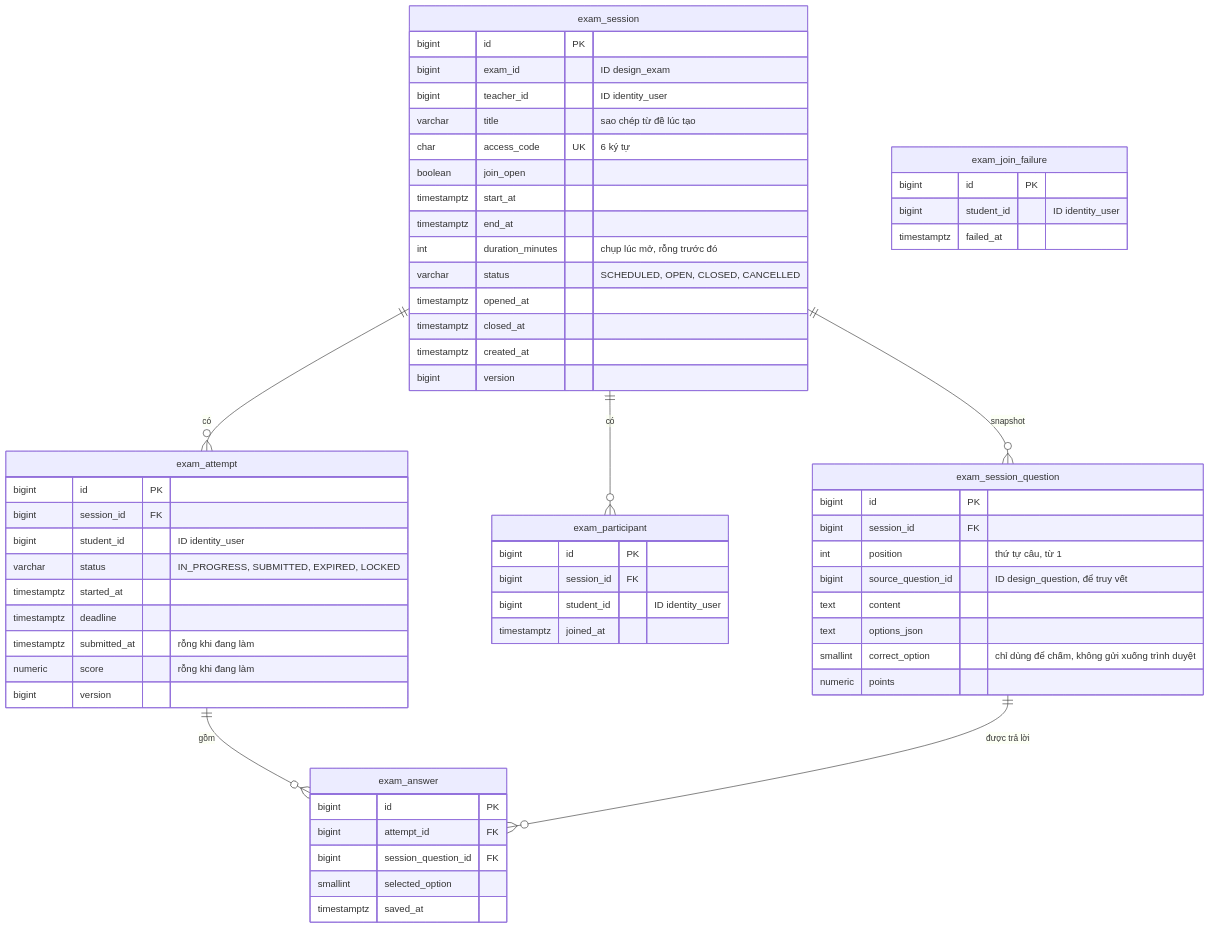
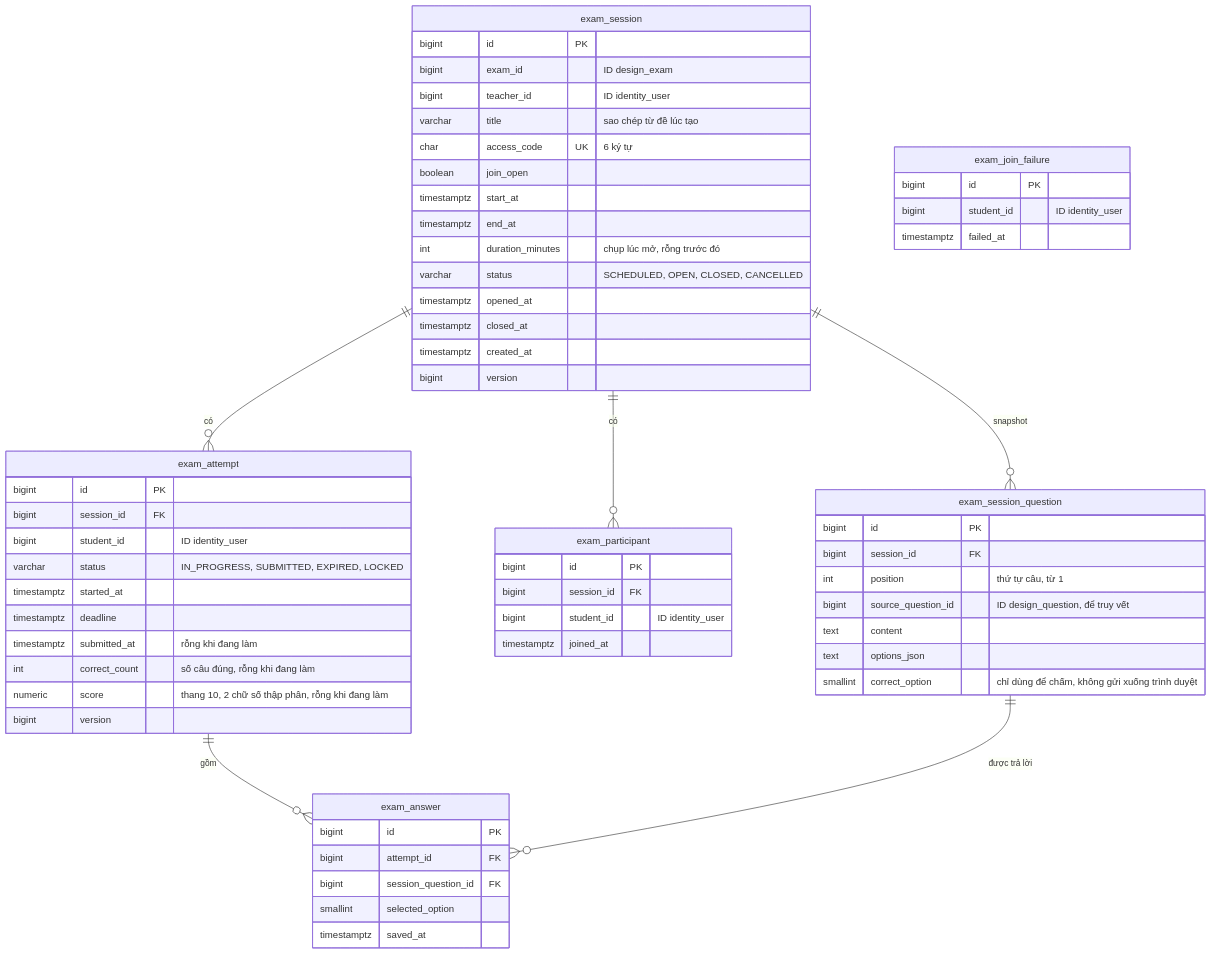
The third of 4 diagrams in docs/database.md (zindo511/Exam-Practice), drawn with Mermaid before and after one commit. The commit also changed other lines of this file and 13 other files, not shown here.

````diff
--- a/docs/database.md
+++ b/docs/database.md
@@ -84,63 +87,63 @@
 ```mermaid
 erDiagram
     exam_session {
         bigint id PK
         bigint exam_id "ID design_exam"
         bigint teacher_id "ID identity_user"
         varchar title "sao chép từ đề lúc tạo"
         char access_code UK "6 ký tự"
         boolean join_open
         timestamptz start_at
         timestamptz end_at
         int duration_minutes "chụp lúc mở, rỗng trước đó"
         varchar status "SCHEDULED, OPEN, CLOSED, CANCELLED"
         timestamptz opened_at
         timestamptz closed_at
         timestamptz created_at
         bigint version
     }
     exam_session_question {
         bigint id PK
         bigint session_id FK
         int position "thứ tự câu, từ 1"
         bigint source_question_id "ID design_question, để truy vết"
         text content
         text options_json
         smallint correct_option "chỉ dùng để chấm, không gửi xuống trình duyệt"
-        numeric points
     }
     exam_participant {
         bigint id PK
         bigint session_id FK
         bigint student_id "ID identity_user"
         timestamptz joined_at
     }
     exam_attempt {
         bigint id PK
         bigint session_id FK
         bigint student_id "ID identity_user"
         varchar status "IN_PROGRESS, SUBMITTED, EXPIRED, LOCKED"
         timestamptz started_at
         timestamptz deadline
         timestamptz submitted_at "rỗng khi đang làm"
-        numeric score "rỗng khi đang làm"
+        int correct_count "số câu đúng, rỗng khi đang làm"
+        numeric score "thang 10, 2 chữ số thập phân, rỗng khi đang làm"
         bigint version
     }
     exam_answer {
         bigint id PK
         bigint attempt_id FK
         bigint session_question_id FK
         smallint selected_option
         timestamptz saved_at
     }
     exam_join_failure {
         bigint id PK
         bigint student_id "ID identity_user"
         timestamptz failed_at
     }
     exam_session ||--o{ exam_session_question : "snapshot"
     exam_session ||--o{ exam_participant : "có"
     exam_session ||--o{ exam_attempt : "có"
     exam_attempt ||--o{ exam_answer : "gồm"
     exam_session_question ||--o{ exam_answer : "được trả lời"
 ```
````
